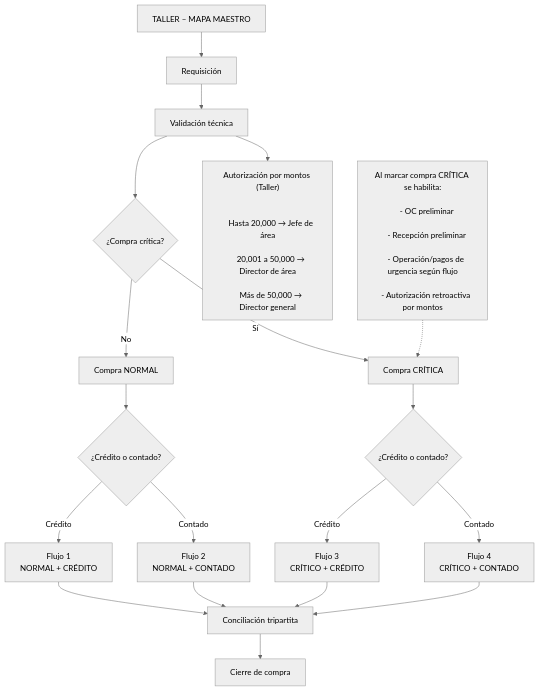
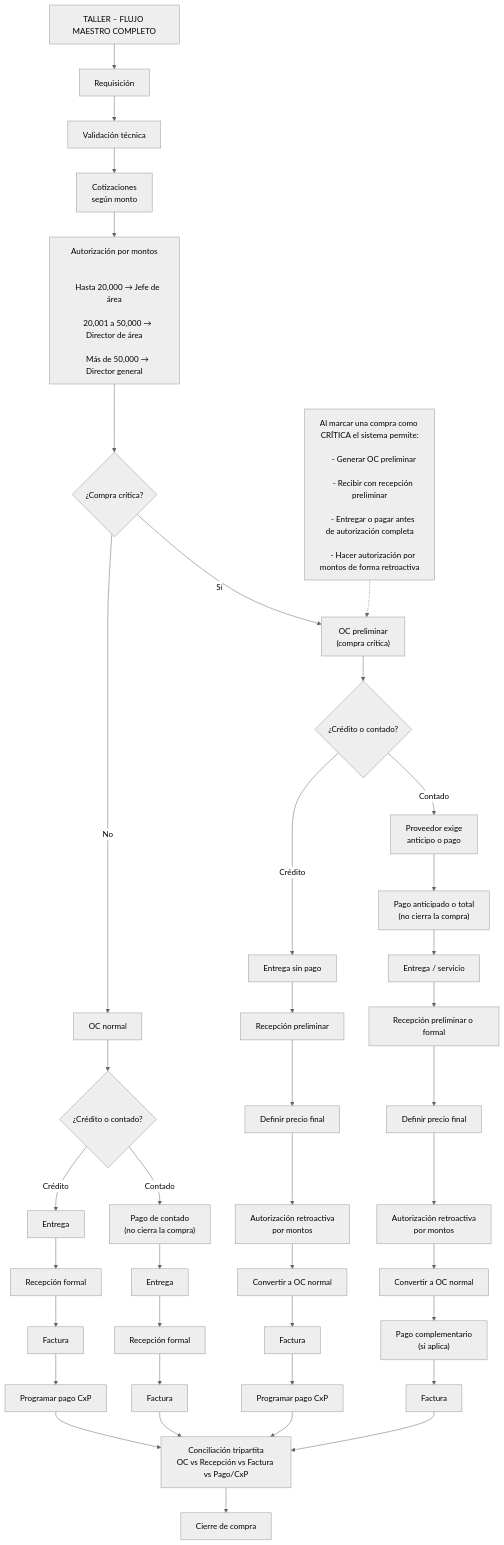
One commit to Joaquin1987/ERP-comaqsa changed the diagram in Compras/DIAGRAMA MAESTRO – TALLER.md. Above: the diagram before and after it, drawn with Mermaid (neutral theme).

Commit message:
Update DIAGRAMA MAESTRO – TALLER.md
Agregando pasos que faltaban

````diff
--- a/Compras/DIAGRAMA MAESTRO – TALLER.md
+++ b/Compras/DIAGRAMA MAESTRO – TALLER.md
@@ -2,64 +2,104 @@
 flowchart TD
 
     %% TÍTULO
-    T["TALLER – MAPA MAESTRO"]
+    T["TALLER – FLUJO MAESTRO COMPLETO"]
 
-    %% INICIO
+    %% CICLO INICIAL COMÚN
     R["Requisición"]
     VT["Validación técnica"]
-
-    T --> R --> VT
-
-    %% ¿COMPRA CRÍTICA?
-    CRIT{"¿Compra crítica?"}
-    VT --> CRIT
-
-    NORM["Compra NORMAL"]
-    CRIT_R["Compra CRÍTICA"]
-
-    CRIT -->|No| NORM
-    CRIT -->|Sí| CRIT_R
-
-    %% FORMA DE PAGO
-    P_N{"¿Crédito o contado?"}
-    P_C{"¿Crédito o contado?"}
-
-    NORM --> P_N
-    CRIT_R --> P_C
-
-    %% 4 FLUJOS MAESTROS
-    F1["Flujo 1<br/>NORMAL + CRÉDITO"]
-    F2["Flujo 2<br/>NORMAL + CONTADO"]
-    F3["Flujo 3<br/>CRÍTICO + CRÉDITO"]
-    F4["Flujo 4<br/>CRÍTICO + CONTADO"]
-
-    P_N -->|Crédito| F1
-    P_N -->|Contado| F2
-
-    P_C -->|Crédito| F3
-    P_C -->|Contado| F4
-
-    %% REGLAS DE AUTORIZACIÓN POR MONTOS
-    REGLAS["Autorización por montos (Taller)<br/><br/>
+    COT["Cotizaciones<br/>según monto"]
+    AUT["Autorización por montos<br/><br/>
     Hasta 20,000 → Jefe de área<br/>
     20,001 a 50,000 → Director de área<br/>
     Más de 50,000 → Director general"]
-    VT --> REGLAS
 
-    %% NOTA: QUÉ IMPLICA MARCAR COMO CRÍTICA
-    NOTA_CRIT["Al marcar compra CRÍTICA se habilita:<br/>
-    - OC preliminar<br/>
-    - Recepción preliminar<br/>
-    - Operación/pagos de urgencia según flujo<br/>
-    - Autorización retroactiva por montos"] -.-> CRIT_R
+    T --> R --> VT --> COT --> AUT
 
-    %% CIERRE COMÚN
-    CONC["Conciliación tripartita"]
+    %% DECISIÓN: ¿COMPRA CRÍTICA?
+    CRIT{"¿Compra crítica?"}
+    AUT --> CRIT
+
+    %% =====================================
+    %% RAMA NORMAL (Taller)
+    %% =====================================
+    OC_N["OC normal"]
+
+    CRIT -->|No| OC_N
+
+    P_N{"¿Crédito o contado?"}
+    OC_N --> P_N
+
+    %% Normal + CRÉDITO
+    N_ENT["Entrega"]
+    N_REC["Recepción formal"]
+    N_FAC["Factura"]
+    N_PROG["Programar pago CxP"]
+
+    P_N -->|Crédito| N_ENT
+    N_ENT --> N_REC --> N_FAC --> N_PROG
+
+    %% Normal + CONTADO
+    N_PAGO["Pago de contado<br/>(no cierra la compra)"]
+    N_ENT_C["Entrega"]
+    N_REC_C["Recepción formal"]
+    N_FAC_C["Factura"]
+
+    P_N -->|Contado| N_PAGO
+    N_PAGO --> N_ENT_C --> N_REC_C --> N_FAC_C
+
+    %% =====================================
+    %% RAMA CRÍTICA (Taller)
+    %% =====================================
+    OC_PRE["OC preliminar<br/>(compra crítica)"]
+    CRIT -->|Sí| OC_PRE
+
+    P_C{"¿Crédito o contado?"}
+    OC_PRE --> P_C
+
+    %% ---- Crítico + CRÉDITO ----
+    CC_ENT["Entrega sin pago"]
+    CC_REC["Recepción preliminar"]
+    CC_PREC["Definir precio final"]
+    CC_AUT["Autorización retroactiva<br/>por montos"]
+    CC_OCN["Convertir a OC normal"]
+    CC_FAC["Factura"]
+    CC_PROG["Programar pago CxP"]
+
+    P_C -->|Crédito| CC_ENT
+    CC_ENT --> CC_REC --> CC_PREC --> CC_AUT --> CC_OCN --> CC_FAC --> CC_PROG
+
+    %% ---- Crítico + CONTADO ----
+    CT_EXIGE["Proveedor exige<br/>anticipo o pago"]
+    CT_PAGO_ANT["Pago anticipado o total<br/>(no cierra la compra)"]
+    CT_ENT["Entrega / servicio"]
+    CT_REC["Recepción preliminar o formal"]
+    CT_PREC["Definir precio final"]
+    CT_AUT["Autorización retroactiva<br/>por montos"]
+    CT_OCN["Convertir a OC normal"]
+    CT_PAGO_COMP["Pago complementario<br/>(si aplica)"]
+    CT_FAC["Factura"]
+
+    P_C -->|Contado| CT_EXIGE
+    CT_EXIGE --> CT_PAGO_ANT --> CT_ENT --> CT_REC --> CT_PREC --> CT_AUT --> CT_OCN --> CT_PAGO_COMP --> CT_FAC
+
+    %% =====================================
+    %% CONCILIACIÓN Y CIERRE (COMÚN A TODO)
+    %% =====================================
+    CONC["Conciliación tripartita<br/>OC vs Recepción vs Factura vs Pago/CxP"]
     CIERRE["Cierre de compra"]
 
-    F1 --> CONC
-    F2 --> CONC
-    F3 --> CONC
-    F4 --> CONC
+    %% Todas las rutas llegan a la misma conciliación
+    N_PROG --> CONC
+    N_FAC_C --> CONC
+    CC_PROG --> CONC
+    CT_FAC --> CONC
+
     CONC --> CIERRE
+
+    %% NOTA: QUÉ IMPLICA MARCAR CRÍTICA
+    NOTA_CRIT["Al marcar una compra como CRÍTICA el sistema permite:<br/>
+    - Generar OC preliminar<br/>
+    - Recibir con recepción preliminar<br/>
+    - Entregar o pagar antes de autorización completa<br/>
+    - Hacer autorización por montos de forma retroactiva"] -.-> OC_PRE
 ```
````
